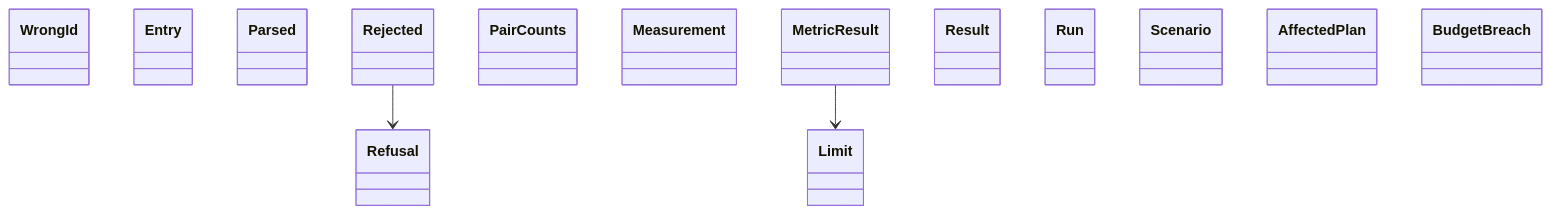
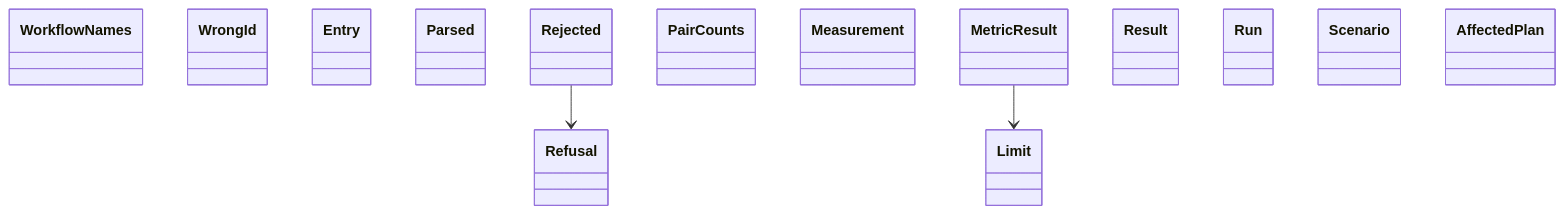
Before and after one commit to GonzaloZevallos/agentic-system: the diagram in docs/architecture/generated/classes-process-domain-checks-2.md, drawn with Mermaid. The commit also changed 6 other files, not shown here.

````diff
--- a/docs/architecture/generated/classes-process-domain-checks-2.md
+++ b/docs/architecture/generated/classes-process-domain-checks-2.md
@@ -23,19 +23,19 @@
 ```mermaid
 classDiagram
+    class ci_workflow__WorkflowNames["WorkflowNames"]
     class ci_workflow__WrongId["WrongId"]
     class coverage__Entry["Entry"]
     class coverage__Parsed["Parsed"]
     class coverage__Refusal["Refusal"]
     class coverage__Rejected["Rejected"]
     class merge_ci__PairCounts["PairCounts"]
     class performance__Limit["Limit"]
     class performance__Measurement["Measurement"]
     class performance__MetricResult["MetricResult"]
     class performance__Result["Result"]
     class performance__Run["Run"]
     class performance__Scenario["Scenario"]
     class presubmit__AffectedPlan["AffectedPlan"]
-    class presubmit__BudgetBreach["BudgetBreach"]
     coverage__Rejected --> coverage__Refusal
     performance__MetricResult --> performance__Limit
 ```
````
